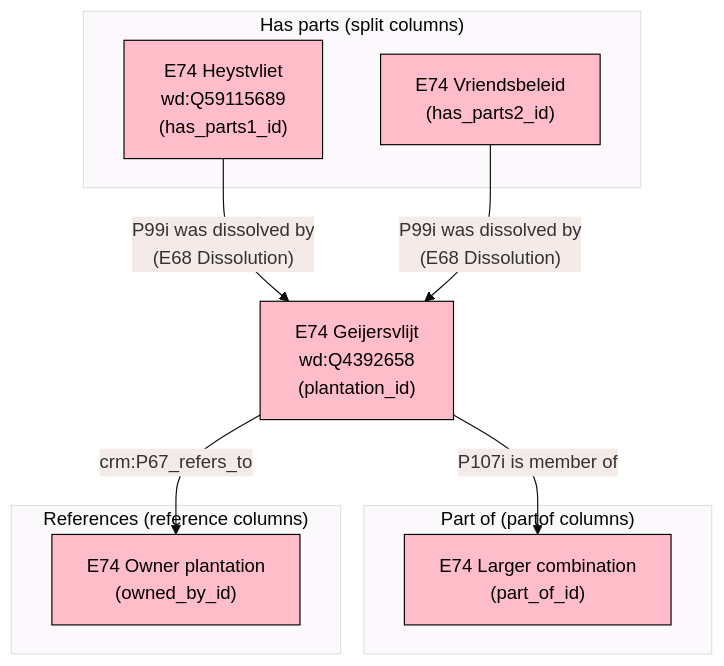
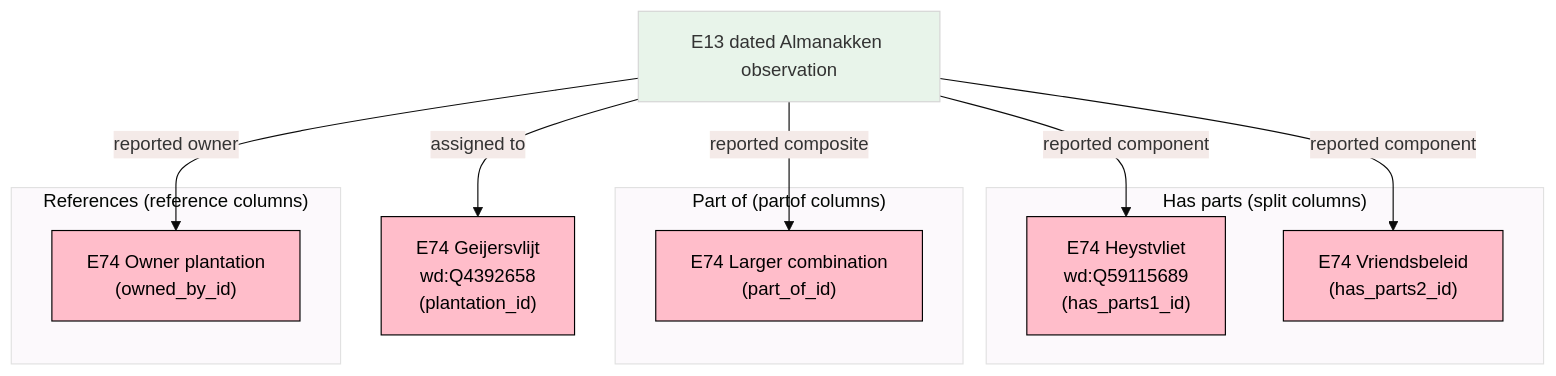
The fourth of 7 diagrams in docs/models/observations-explained.mdx (SurinameTimeMachine/suriname-database-model), drawn with Mermaid before and after one commit. The commit also changed other lines of this file and 17 other files, not shown here.

````diff
--- a/docs/models/observations-explained.mdx
+++ b/docs/models/observations-explained.mdx
@@ -211,33 +212,35 @@
 ```mermaid
 %%{init: {'theme': 'base', 'themeVariables': { 'primaryColor': '#e8f4ea'}}}%%
 flowchart TB
     subgraph "Has parts (split columns)"
         SPLIT1["E74 Heystvliet
         wd:Q59115689
         (has_parts1_id)"]
         SPLIT2["E74 Vriendsbeleid
         (has_parts2_id)"]
     end
 
     MAIN["E74 Geijersvlijt
     wd:Q4392658
     (plantation_id)"]
 
     subgraph "Part of (partof columns)"
         PARENT["E74 Larger combination
         (part_of_id)"]
     end
 
     subgraph "References (reference columns)"
         REF["E74 Owner plantation
         (owned_by_id)"]
     end
 
-    SPLIT1 -->|"P99i was dissolved by<br/>(E68 Dissolution)"| MAIN
-    SPLIT2 -->|"P99i was dissolved by<br/>(E68 Dissolution)"| MAIN
-    MAIN -->|"P107i is member of"| PARENT
-    MAIN -->|"crm:P67_refers_to"| REF
+    OBS["E13 dated Almanakken observation"]
+    OBS -->|"reported component"| SPLIT1
+    OBS -->|"reported component"| SPLIT2
+    OBS -->|"assigned to"| MAIN
+    OBS -->|"reported composite"| PARENT
+    OBS -->|"reported owner"| REF
 
     classDef crm_E39_Actor fill:#ffbdca,stroke:#000000,color:#000000
     class SPLIT1,SPLIT2,MAIN,PARENT,REF crm_E39_Actor
 ```
````
